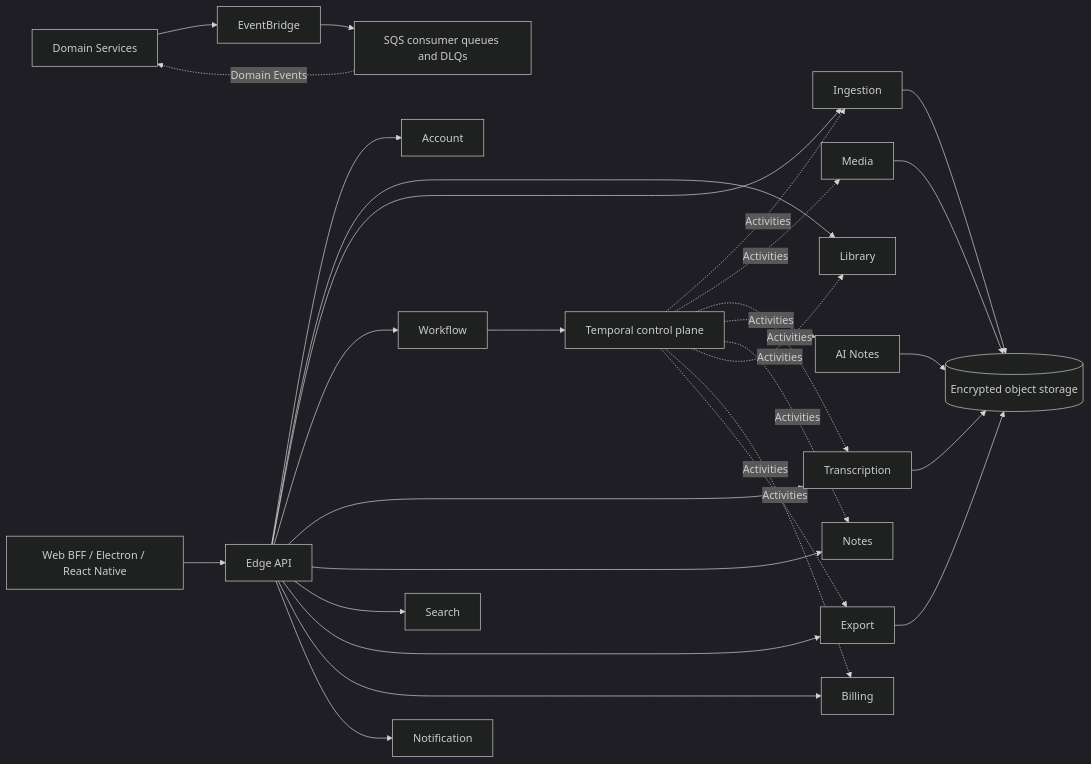
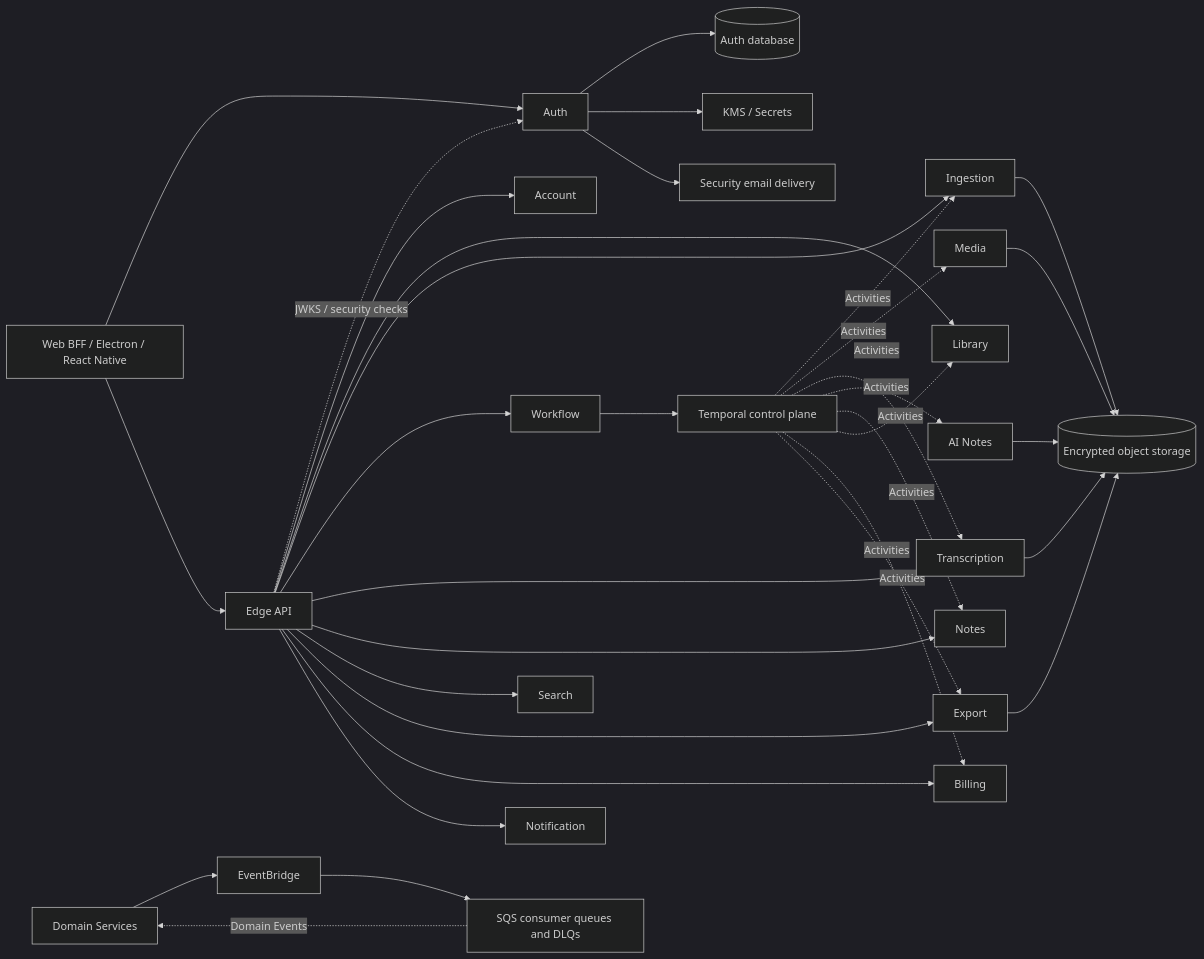
One commit to dev-hans-programmer/ai-study-notes-creator-from-video-control-plane changed the diagram in SERVICE_CATALOG.md. Above: the diagram before and after it, drawn with Mermaid (dark theme). The commit also changed other lines of this file and 8 other files, not shown here.

````diff
--- a/SERVICE_CATALOG.md
+++ b/SERVICE_CATALOG.md
@@ -122,34 +124,39 @@
 ```mermaid
 flowchart LR
-    CLIENTS[Web BFF / Electron / React Native] --> EDGE[Edge API]
+    CLIENTS[Web BFF / Electron / React Native] --> AUTH[Auth]
+    CLIENTS --> EDGE[Edge API]
+    EDGE -. JWKS / security checks .-> AUTH
     EDGE --> ACCOUNT[Account]
     EDGE --> LIBRARY[Library]
     EDGE --> INGESTION[Ingestion]
     EDGE --> WORKFLOW[Workflow]
     EDGE --> TRANSCRIPTION[Transcription]
     EDGE --> NOTES[Notes]
     EDGE --> SEARCH[Search]
     EDGE --> EXPORT[Export]
     EDGE --> BILLING[Billing]
     EDGE --> NOTIFICATION[Notification]
 
     WORKFLOW --> TEMPORAL[Temporal control plane]
     TEMPORAL -. Activities .-> INGESTION
     TEMPORAL -. Activities .-> MEDIA[Media]
     TEMPORAL -. Activities .-> TRANSCRIPTION
     TEMPORAL -. Activities .-> AI_NOTES[AI Notes]
     TEMPORAL -. Activities .-> NOTES
     TEMPORAL -. Activities .-> LIBRARY
     TEMPORAL -. Activities .-> BILLING
     TEMPORAL -. Activities .-> EXPORT
 
     SERVICES[Domain Services] --> BUS[EventBridge]
     BUS --> QUEUES[SQS consumer queues and DLQs]
     QUEUES -. Domain Events .-> SERVICES
 
     INGESTION --> OBJECTS[(Encrypted object storage)]
     MEDIA --> OBJECTS
     TRANSCRIPTION --> OBJECTS
     AI_NOTES --> OBJECTS
     EXPORT --> OBJECTS
+    AUTH --> AUTH_DB[(Auth database)]
+    AUTH --> AUTH_KEYS[KMS / Secrets]
+    AUTH --> AUTH_EMAIL[Security email delivery]
 ```
````
